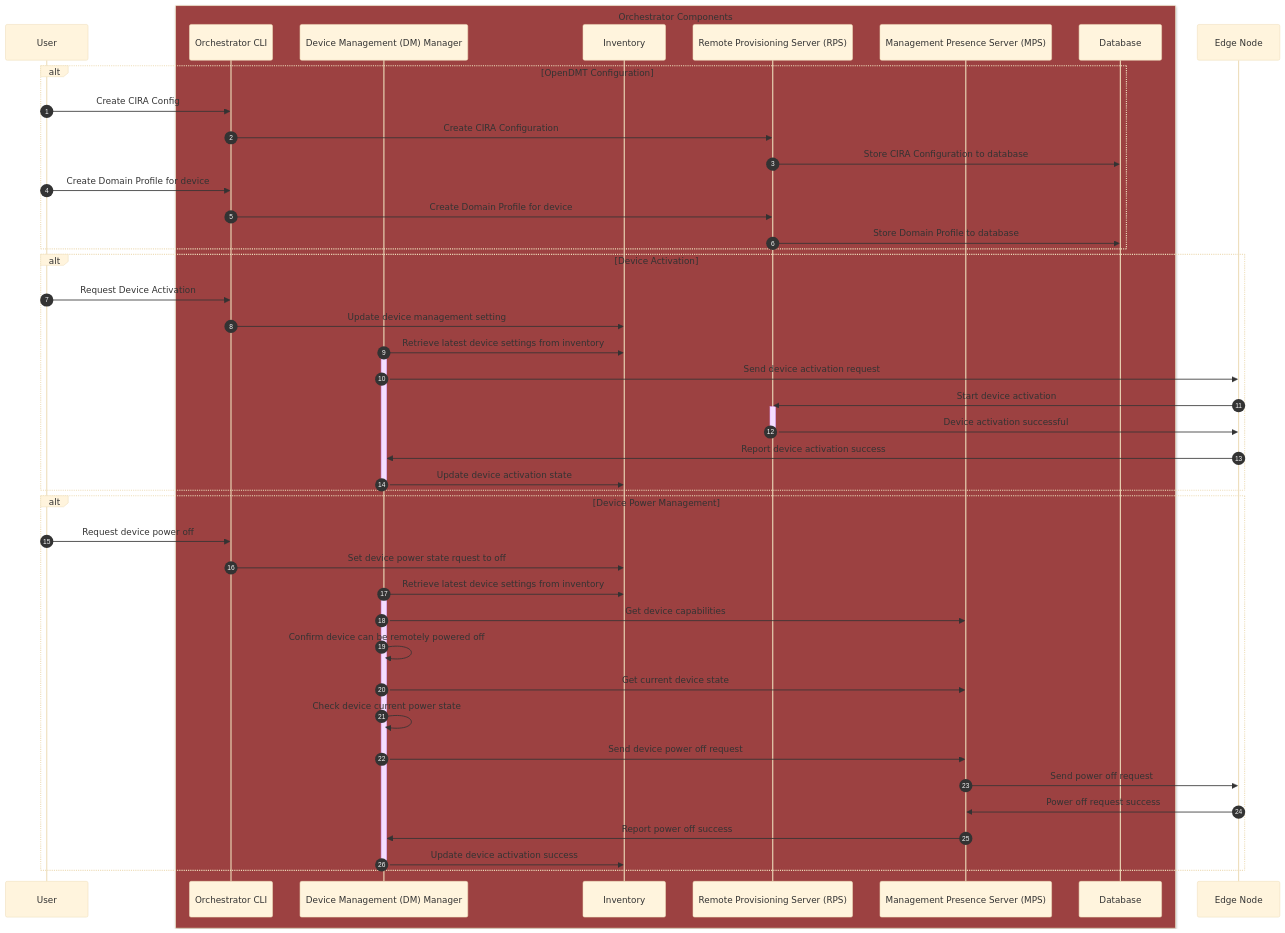
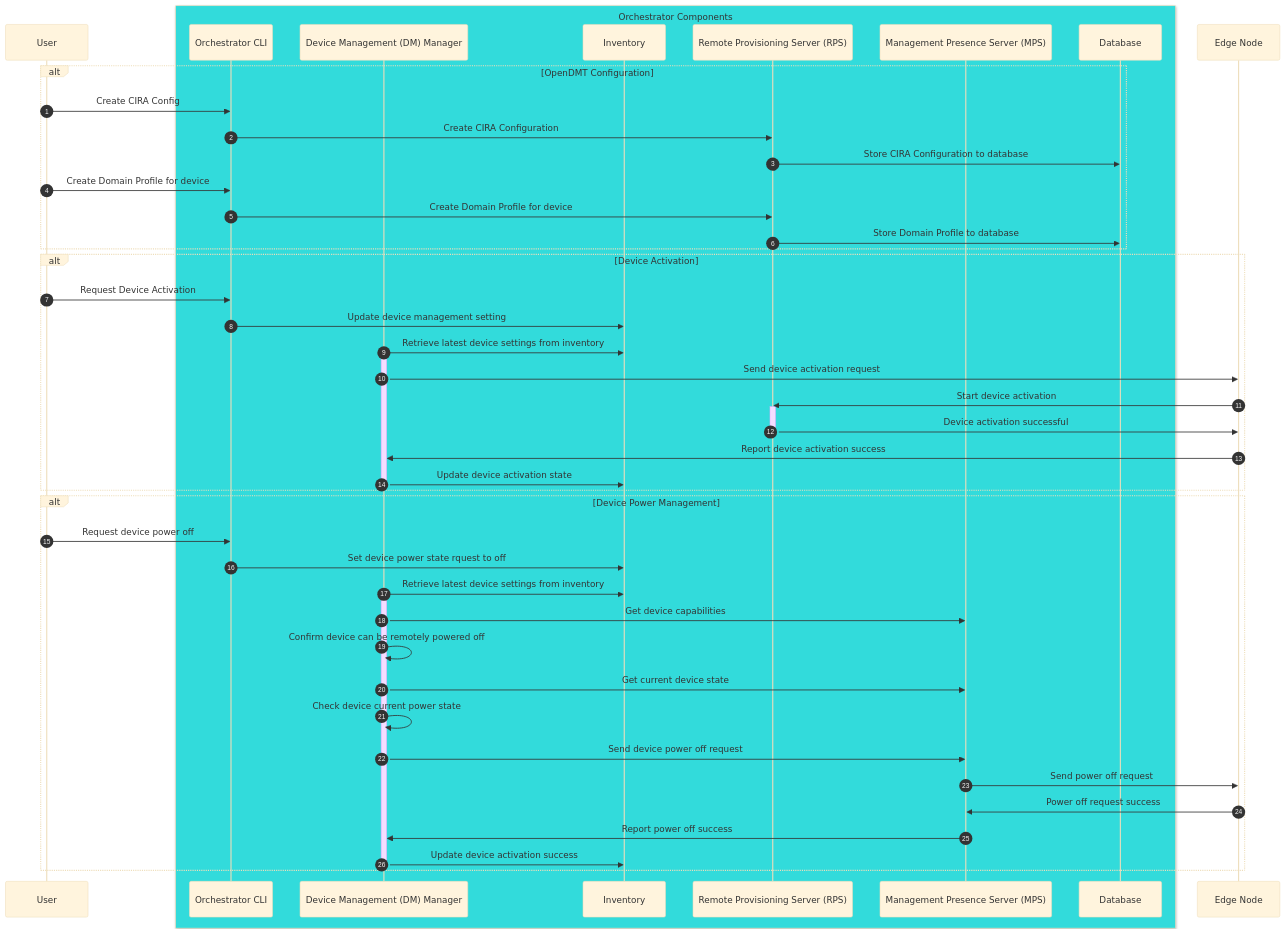
The first of 2 diagrams in design-proposals/vpro-eim-modular-decomposition.md (open-edge-platform/edge-manageability-framework), drawn with Mermaid (base theme) before and after one commit. The commit also changed other lines of this file, not shown here.

Commit message:
Update colo scheme for sequence diagrams

````diff
--- a/design-proposals/vpro-eim-modular-decomposition.md
+++ b/design-proposals/vpro-eim-modular-decomposition.md
@@ -79,52 +79,52 @@
 ```mermaid
 sequenceDiagram
   autonumber
   participant US as User
-  box rgba(156, 65, 65, 1) Orchestrator Components
+  box rgba(50, 219, 219, 1) Orchestrator Components
     participant CLI as Orchestrator CLI
     participant DM as Device Management (DM) Manager
     participant INV as Inventory
     participant RPS as Remote Provisioning Server (RPS)
     participant MPS as Management Presence Server (MPS)
     participant DB as Database
   end
   participant EN as Edge Node
   alt OpenDMT Configuration
     US ->> CLI: Create CIRA Config
     CLI ->> RPS: Create CIRA Configuration
     RPS ->> DB: Store CIRA Configuration to database
     US ->> CLI: Create Domain Profile for device
     CLI ->> RPS: Create Domain Profile for device
     RPS ->> DB: Store Domain Profile to database
   end
   alt Device Activation
     US ->> CLI: Request Device Activation
     CLI ->> INV: Update device management setting
     DM ->> INV: Retrieve latest device settings from inventory
     activate DM
     DM ->> EN: Send device activation request
     EN ->> RPS: Start device activation
     activate RPS
     RPS ->> EN: Device activation successful
     deactivate RPS
     EN ->> DM: Report device activation success
     DM ->> INV: Update device activation state
     deactivate DM
   end
   alt Device Power Management
     US ->> CLI: Request device power off
     CLI ->> INV: Set device power state rquest to off
     DM ->> INV: Retrieve latest device settings from inventory
     activate DM
     DM ->> MPS: Get device capabilities
     DM ->> DM: Confirm device can be remotely powered off
     DM ->> MPS: Get current device state
     DM ->> DM: Check device current power state
     DM ->> MPS: Send device power off request
     MPS ->> EN: Send power off request
     EN ->> MPS: Power off request success
     MPS ->> DM: Report power off success
     DM ->> INV: Update device activation success
     deactivate DM
   end
 ```
````
